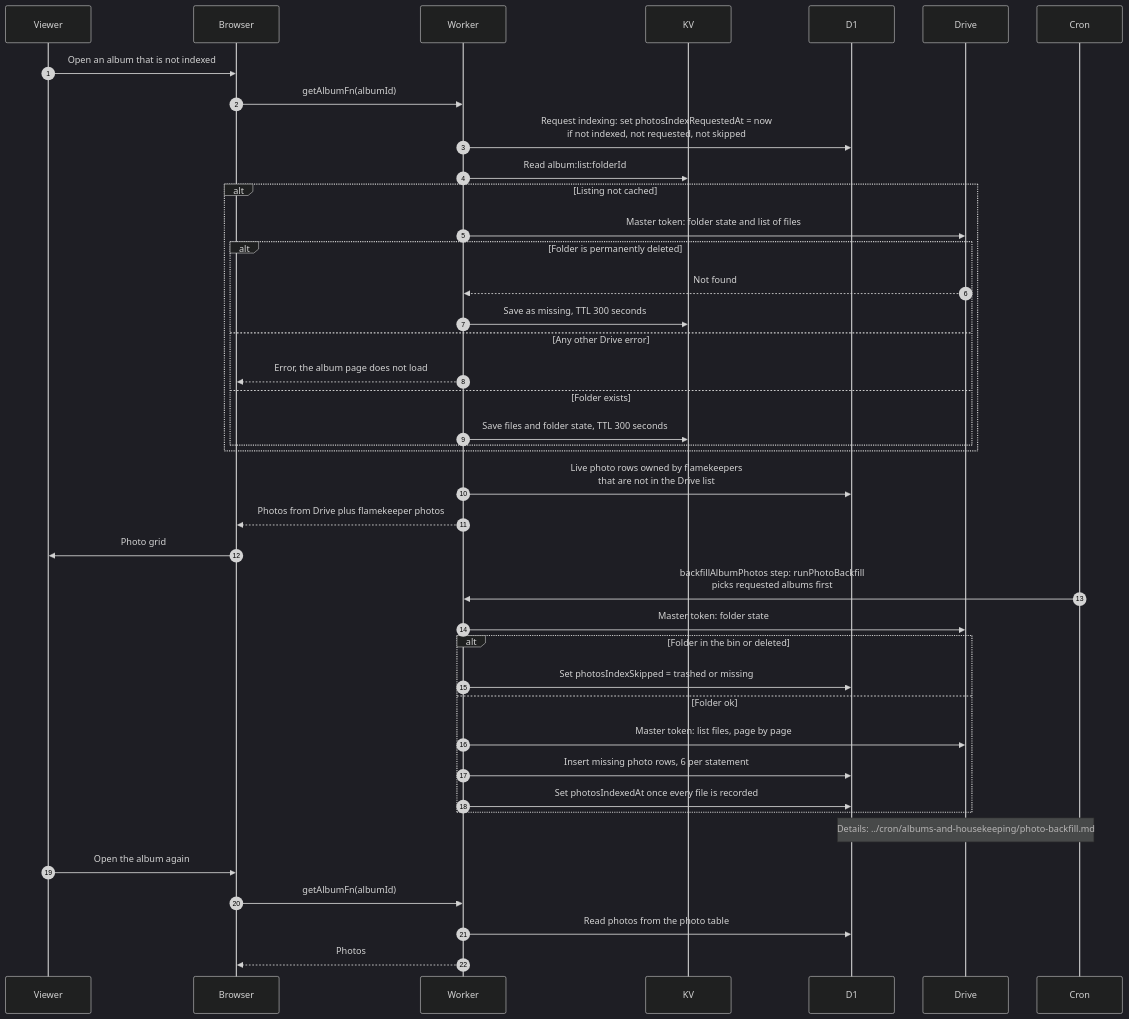
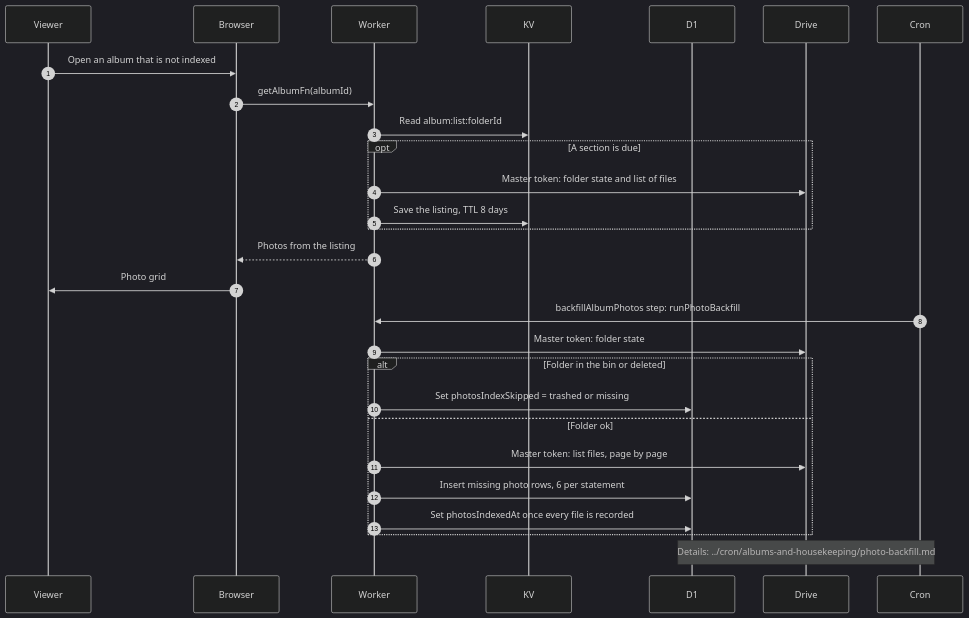
One commit to sagyzdop/meriksirat changed the diagram in docs/scenarios/albums/legacy-albums.md. Above: the diagram before and after it, drawn with Mermaid (dark theme). The commit also changed other lines of this file and 26 other files, not shown here.

First line of the commit message:
feat(albums): album pages read from cached Drive listings

````diff
--- a/docs/scenarios/albums/legacy-albums.md
+++ b/docs/scenarios/albums/legacy-albums.md
@@ -14,43 +12,30 @@
 ```mermaid
 sequenceDiagram
     autonumber
     participant U as Viewer
     participant B as Browser
     participant W as Worker
     participant K as KV
     participant D as D1
     participant G as Drive
     participant C as Cron
     U->>B: Open an album that is not indexed
     B->>W: getAlbumFn(albumId)
-    W->>D: Request indexing: set photosIndexRequestedAt = now<br/>if not indexed, not requested, not skipped
     W->>K: Read album:list:folderId
-    alt Listing not cached
+    opt A section is due
         W->>G: Master token: folder state and list of files
-        alt Folder is permanently deleted
-            G-->>W: Not found
-            W->>K: Save as missing, TTL 300 seconds
-        else Any other Drive error
-            W-->>B: Error, the album page does not load
-        else Folder exists
-            W->>K: Save files and folder state, TTL 300 seconds
-        end
+        W->>K: Save the listing, TTL 8 days
     end
-    W->>D: Live photo rows owned by flamekeepers<br/>that are not in the Drive list
-    W-->>B: Photos from Drive plus flamekeeper photos
+    W-->>B: Photos from the listing
     B->>U: Photo grid
-    C->>W: backfillAlbumPhotos step: runPhotoBackfill<br/>picks requested albums first
+    C->>W: backfillAlbumPhotos step: runPhotoBackfill
     W->>G: Master token: folder state
     alt Folder in the bin or deleted
         W->>D: Set photosIndexSkipped = trashed or missing
     else Folder ok
         W->>G: Master token: list files, page by page
         W->>D: Insert missing photo rows, 6 per statement
         W->>D: Set photosIndexedAt once every file is recorded
     end
     Note over C,D: Details: ../cron/albums-and-housekeeping/photo-backfill.md
-    U->>B: Open the album again
-    B->>W: getAlbumFn(albumId)
-    W->>D: Read photos from the photo table
-    W-->>B: Photos
 ```
````
